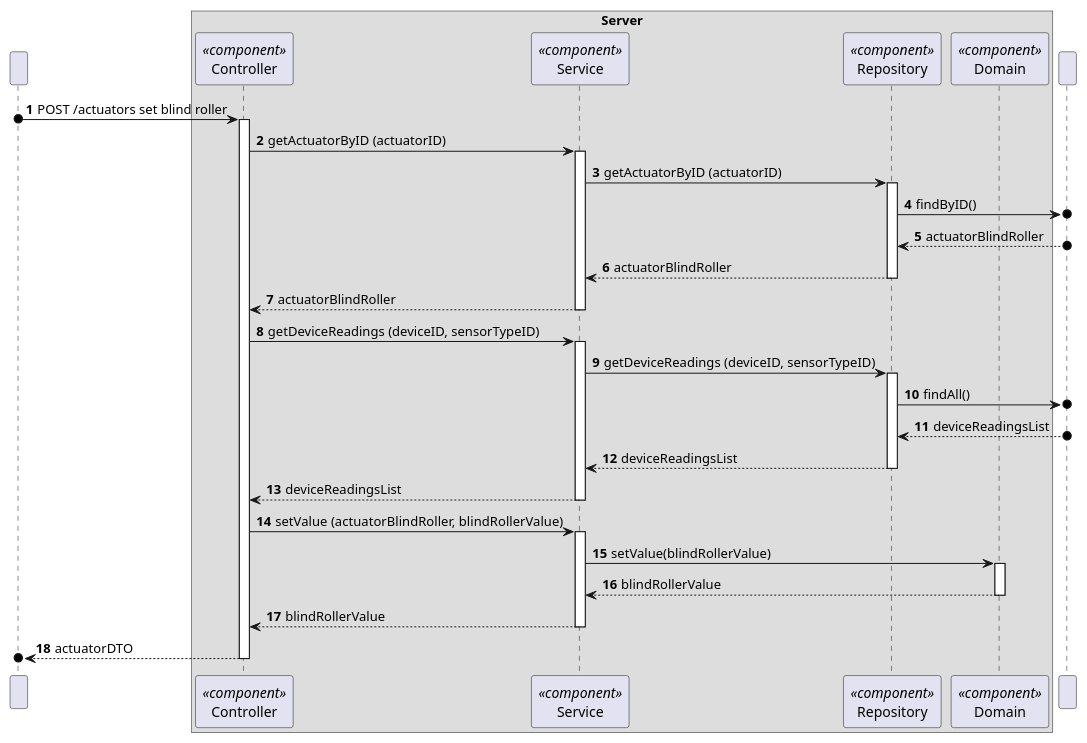
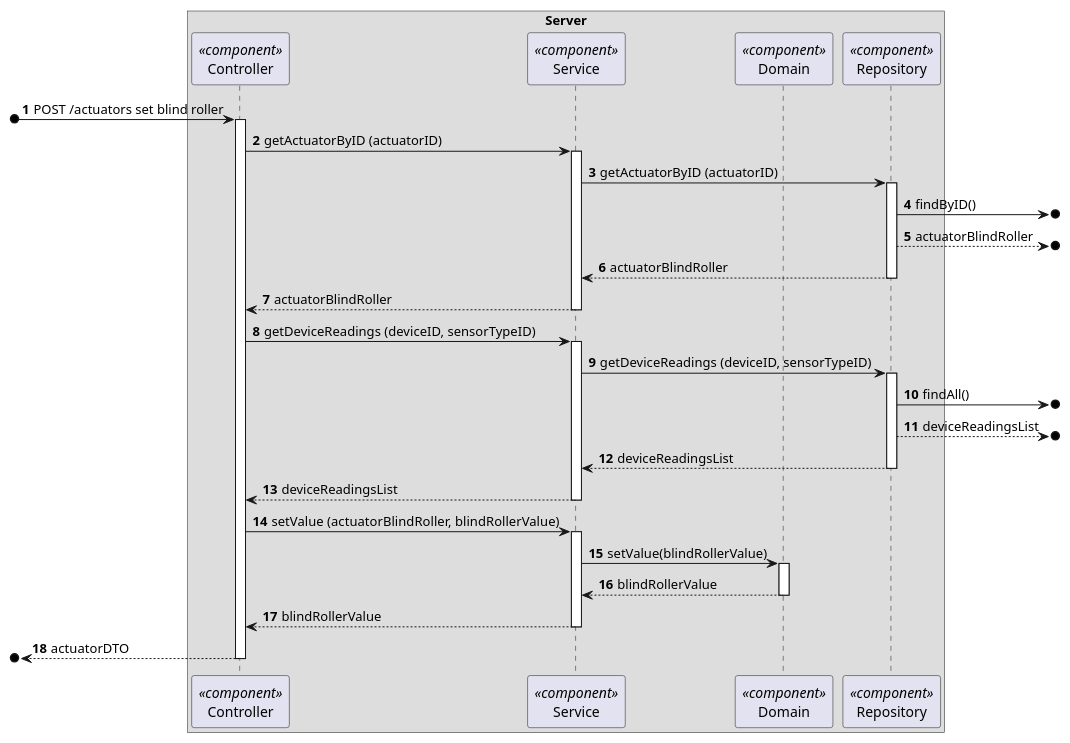
One commit to moutajDev/smarthome changed the diagram in docs/C4_4plus1_models/Level4/ProcessView/ProcessViewLevel4_UC16.puml. Above: the diagram before and after it, drawn with PlantUML. The commit also changed 2 other files, not shown here.

```diff
--- a/docs/C4_4plus1_models/Level4/ProcessView/ProcessViewLevel4_UC16.puml
+++ b/docs/C4_4plus1_models/Level4/ProcessView/ProcessViewLevel4_UC16.puml
@@ -1,71 +1,66 @@
 @startuml
 'https://plantuml.com/sequence-diagram
 !pragma layout smetana
 autonumber
 
-participant " " as HTTP
-
 box "Server"
     participant "Controller" as Controller<<component>>
     participant Service as "Service"<<component>>
+    participant Domain as "Domain"<<component>>
     participant Repository as "Repository"<<component>>
-    participant Domain as "Domain"<<component>>
-
-    end box
-
-    participant DataBase as " "
+end box
 
 
-HTTP o-> Controller: POST /actuators set blind roller
+[o-> Controller: POST /actuators set blind roller
 activate Controller
 
 Controller -> Service: getActuatorByID (actuatorID)
 activate Service
 
 Service -> Repository: getActuatorByID (actuatorID)
 activate Repository
 
-Repository ->o DataBase: findByID()
+Repository ->o]: findByID()
 
-DataBase o--> Repository: actuatorBlindRoller
+Repository -->o] : actuatorBlindRoller
 
 Repository --> Service: actuatorBlindRoller
 deactivate Repository
 
 Service --> Controller: actuatorBlindRoller
 deactivate Service
 
 Controller -> Service: getDeviceReadings (deviceID, sensorTypeID)
 activate Service
 
 Service -> Repository: getDeviceReadings (deviceID, sensorTypeID)
 activate Repository
 
-Repository ->o DataBase: findAll()
+Repository ->o] : findAll()
 
-DataBase o--> Repository: deviceReadingsList
+Repository -->o] : deviceReadingsList
 
 Repository --> Service: deviceReadingsList
 deactivate Repository
 
 Service --> Controller: deviceReadingsList
 deactivate Service
 
 Controller -> Service: setValue (actuatorBlindRoller, blindRollerValue)
 activate Service
 
 Service -> Domain: setValue(blindRollerValue)
 activate Domain
 
 Domain --> Service: blindRollerValue
 deactivate Domain
 
 Service --> Controller: blindRollerValue
 deactivate Service
 
 
-Controller -->o HTTP: actuatorDTO
+[o<-- Controller: actuatorDTO
 deactivate Controller
 
 
 @enduml
```
